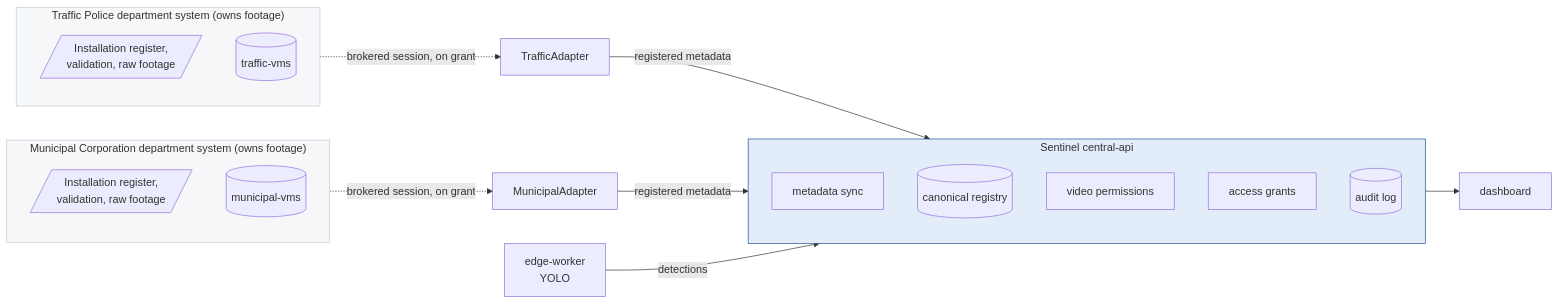
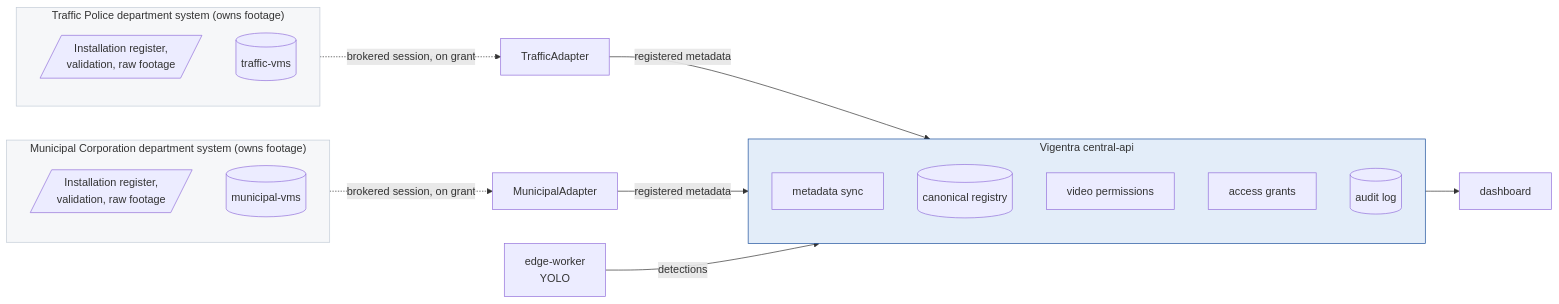
Before and after one commit to rewardix-ai/vigentra: the diagram in README.md, drawn with Mermaid. The commit also changed other lines of this file and 107 other files, not shown here.

````diff
--- a/README.md
+++ b/README.md
@@ -80,31 +86,31 @@
 ```mermaid
 flowchart LR
     subgraph Traffic["Traffic Police department system (owns footage)"]
         TIC[/Installation register,<br/>validation, raw footage/]
         TR[(traffic-vms)]
     end
     subgraph Municipal["Municipal Corporation department system (owns footage)"]
         MIC[/Installation register,<br/>validation, raw footage/]
         MR[(municipal-vms)]
     end
 
-    TA[TrafficAdapter] -->|registered metadata| SENTINEL
-    MA[MunicipalAdapter] -->|registered metadata| SENTINEL
+    TA[TrafficAdapter] -->|registered metadata| VIGENTRA
+    MA[MunicipalAdapter] -->|registered metadata| VIGENTRA
     Traffic -.->|brokered session, on grant| TA
     Municipal -.->|brokered session, on grant| MA
 
-    subgraph SENTINEL["Sentinel central-api"]
+    subgraph VIGENTRA["Vigentra central-api"]
         SYNC[metadata sync]
         REG[(canonical registry)]
         PERM[video permissions]
         GRANT[access grants]
         AUDIT[(audit log)]
     end
 
-    EDGE[edge-worker<br/>YOLO] -->|detections| SENTINEL
-    SENTINEL --> DASH[dashboard]
+    EDGE[edge-worker<br/>YOLO] -->|detections| VIGENTRA
+    VIGENTRA --> DASH[dashboard]
 
     style Traffic fill:#f6f7f9,stroke:#c3ccd7
     style Municipal fill:#f6f7f9,stroke:#c3ccd7
-    style SENTINEL fill:#e3edf9,stroke:#1b4f9c
+    style VIGENTRA fill:#e3edf9,stroke:#1b4f9c
 ```
````
